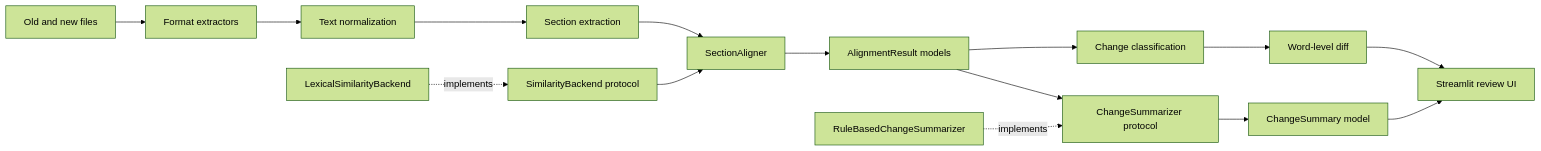
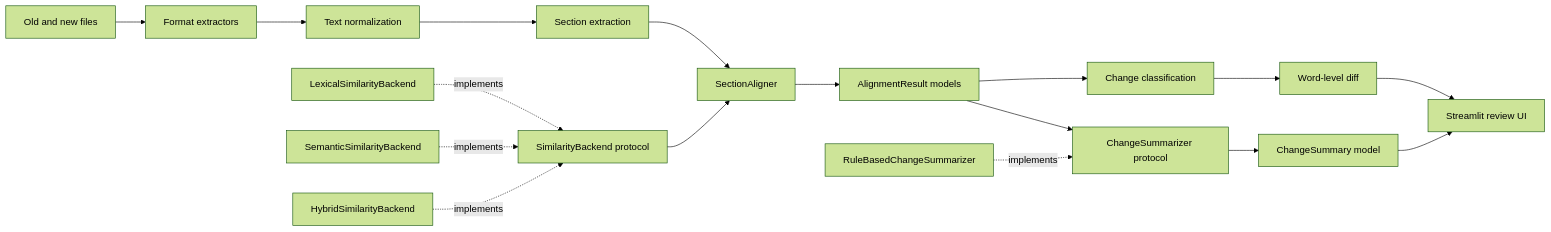
The diagram in README.md (cfuglestad/doc-drift-analyzer), drawn with Mermaid (forest theme) before and after one commit. The commit also changed other lines of this file and 2 other files, not shown here.

Commit message:
Document semantic alignment evaluation

````diff
--- a/README.md
+++ b/README.md
@@ -42,17 +44,19 @@
 ```mermaid
 flowchart LR
     A[Old and new files] --> B[Format extractors]
     B --> C[Text normalization]
     C --> D[Section extraction]
     D --> E[SectionAligner]
     J[SimilarityBackend protocol] --> E
     K[LexicalSimilarityBackend] -. implements .-> J
+    O[SemanticSimilarityBackend] -. implements .-> J
+    P[HybridSimilarityBackend] -. implements .-> J
     E --> F[AlignmentResult models]
     F --> G[Change classification]
     F --> H[ChangeSummarizer protocol]
     L[RuleBasedChangeSummarizer] -. implements .-> H
     G --> I[Word-level diff]
     H --> M[ChangeSummary model]
     I --> N[Streamlit review UI]
     M --> N
 ```
````
